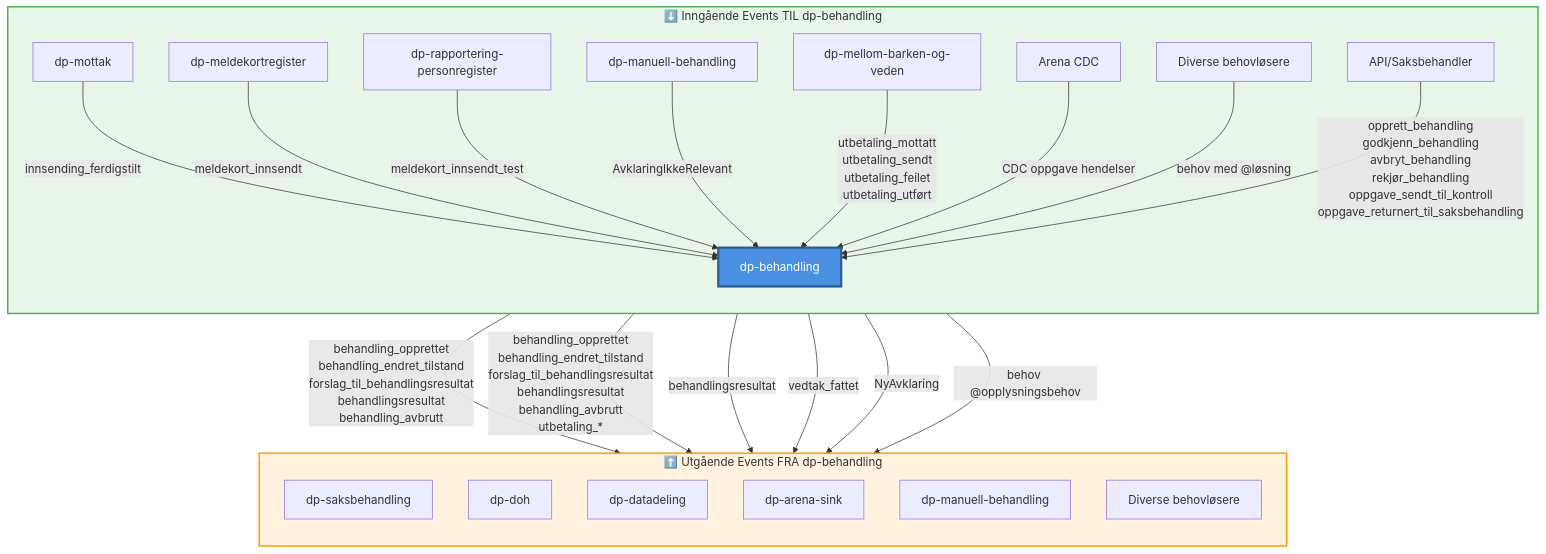
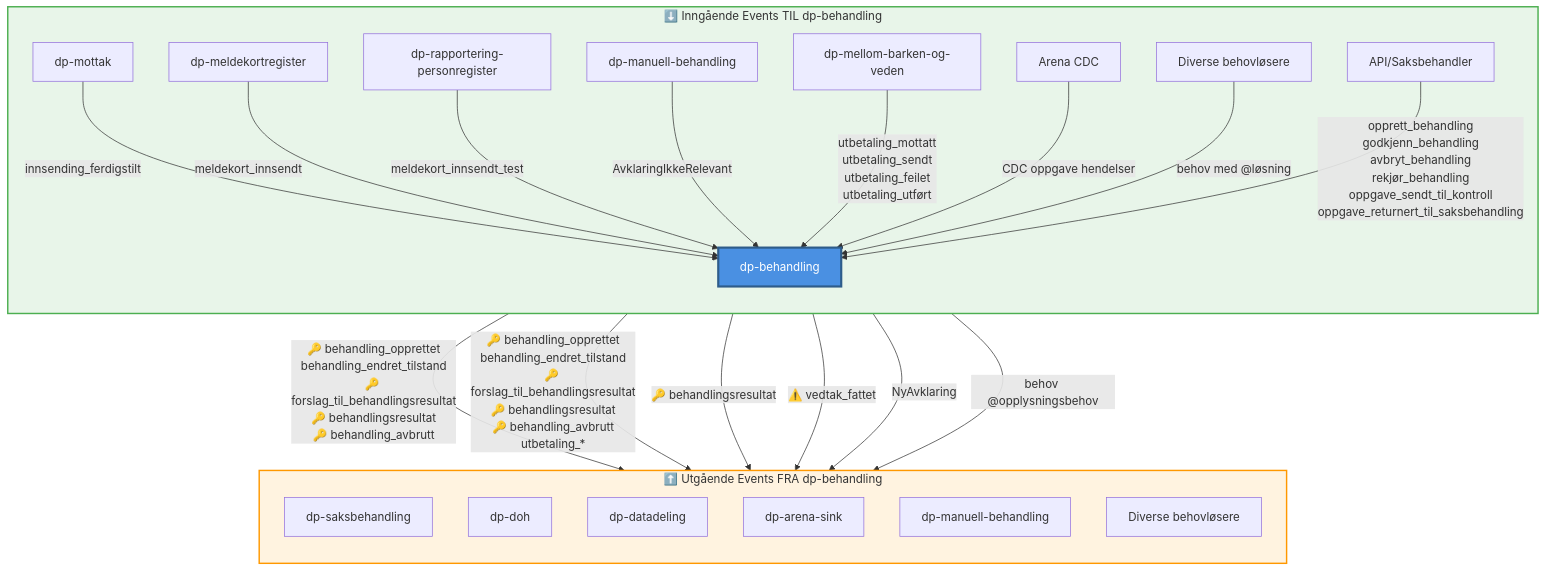
The diagram in docs/kafka-events-catalog.md (navikt/dp-behandling), drawn with Mermaid before and after one commit. The commit also changed other lines of this file, not shown here.

````diff
--- a/docs/kafka-events-catalog.md
+++ b/docs/kafka-events-catalog.md
@@ -11,46 +11,46 @@
 ```mermaid
 flowchart TB
     subgraph Inngående["⬇️ Inngående Events TIL dp-behandling"]
         direction TB
         dpMottak[dp-mottak]
         dpMeldekortregister[dp-meldekortregister]
         dpRapportering[dp-rapportering-personregister]
         dpManuell[dp-manuell-behandling]
         dpMellom[dp-mellom-barken-og-veden]
         Arena[Arena CDC]
         Behovlosere[Diverse behovløsere]
         API1[API/Saksbehandler]
         
         dpMottak -->|innsending_ferdigstilt| dpBehandling
         dpMeldekortregister -->|meldekort_innsendt| dpBehandling
         dpRapportering -->|meldekort_innsendt_test| dpBehandling
         dpManuell -->|AvklaringIkkeRelevant| dpBehandling
         dpMellom -->|utbetaling_mottatt<br/>utbetaling_sendt<br/>utbetaling_feilet<br/>utbetaling_utført| dpBehandling
         Arena -->|CDC oppgave hendelser| dpBehandling
         Behovlosere -->|behov med @løsning| dpBehandling
         API1 -->|opprett_behandling<br/>godkjenn_behandling<br/>avbryt_behandling<br/>rekjør_behandling<br/>oppgave_sendt_til_kontroll<br/>oppgave_returnert_til_saksbehandling| dpBehandling
     end
     
     dpBehandling[dp-behandling]
     
     subgraph Utgående["⬆️ Utgående Events FRA dp-behandling"]
         direction TB
         dpSaksbehandling[dp-saksbehandling]
         dpDoh[dp-doh]
         dpDatadeling[dp-datadeling]
         dpArenaSink[dp-arena-sink]
         dpManuell2[dp-manuell-behandling]
         Behovlosere2[Diverse behovløsere]
         
-        dpBehandling -->|behandling_opprettet<br/>behandling_endret_tilstand<br/>forslag_til_behandlingsresultat<br/>behandlingsresultat<br/>behandling_avbrutt| dpSaksbehandling
-        dpBehandling -->|behandling_opprettet<br/>behandling_endret_tilstand<br/>forslag_til_behandlingsresultat<br/>behandlingsresultat<br/>behandling_avbrutt<br/>utbetaling_*| dpDoh
-        dpBehandling -->|behandlingsresultat| dpDatadeling
-        dpBehandling -->|vedtak_fattet| dpArenaSink
+        dpBehandling -->|🔑 behandling_opprettet<br/>behandling_endret_tilstand<br/>🔑 forslag_til_behandlingsresultat<br/>🔑 behandlingsresultat<br/>🔑 behandling_avbrutt| dpSaksbehandling
+        dpBehandling -->|🔑 behandling_opprettet<br/>behandling_endret_tilstand<br/>🔑 forslag_til_behandlingsresultat<br/>🔑 behandlingsresultat<br/>🔑 behandling_avbrutt<br/>utbetaling_*| dpDoh
+        dpBehandling -->|🔑 behandlingsresultat| dpDatadeling
+        dpBehandling -->|⚠️ vedtak_fattet| dpArenaSink
         dpBehandling -->|NyAvklaring| dpManuell2
         dpBehandling -->|behov @opplysningsbehov| Behovlosere2
     end
     
     style dpBehandling fill:#4a90e2,stroke:#2e5c8a,stroke-width:3px,color:#fff
     style Inngående fill:#e8f5e9,stroke:#4caf50,stroke-width:2px
     style Utgående fill:#fff3e0,stroke:#ff9800,stroke-width:2px
 ```
````
